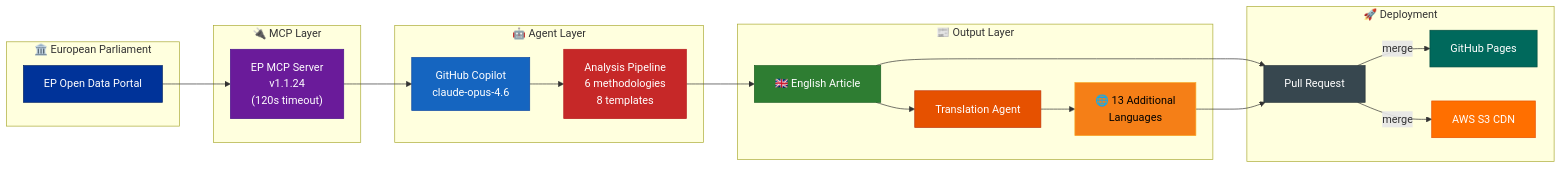
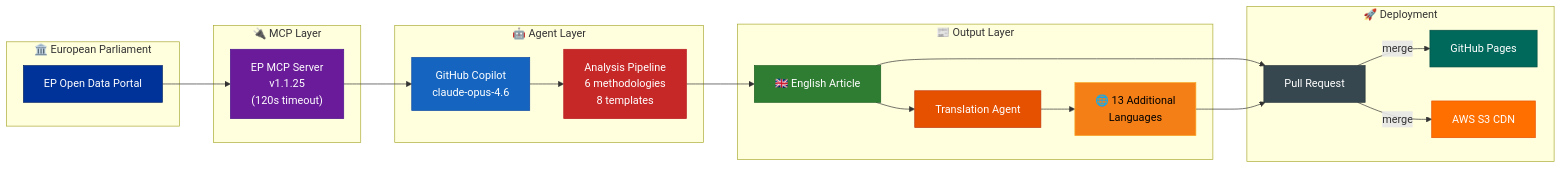
One commit to Hack23/euparliamentmonitor changed diagram 21 of 21 in WORKFLOWS.md. Above: the diagram before and after it, drawn with Mermaid. The commit also changed other lines of this file and 29 other files, not shown here.

First line of the commit message:
chore: update european-parliament-mcp-server version to 1.1.25 in all workflows, configs, and docs

````diff
--- a/WORKFLOWS.md
+++ b/WORKFLOWS.md
@@ -1746,42 +1746,42 @@
 ```mermaid
 flowchart LR
     subgraph "🏛️ European Parliament"
         EP["EP Open Data Portal"]
     end
 
     subgraph "🔌 MCP Layer"
-        MCP["EP MCP Server<br/>v1.1.24<br/>(120s timeout)"]
+        MCP["EP MCP Server<br/>v1.1.25<br/>(120s timeout)"]
     end
 
     subgraph "🤖 Agent Layer"
         Agent["GitHub Copilot<br/>claude-opus-4.6"]
         Analyze["Analysis Pipeline<br/>6 methodologies<br/>8 templates"]
     end
 
     subgraph "📰 Output Layer"
         EN["🇬🇧 English Article"]
         Translate["Translation Agent"]
         Multi["🌐 13 Additional<br/>Languages"]
     end
 
     subgraph "🚀 Deployment"
         PR["Pull Request"]
         Pages["GitHub Pages"]
         S3["AWS S3 CDN"]
     end
 
     EP --> MCP --> Agent --> Analyze --> EN --> PR
     EN --> Translate --> Multi --> PR
     PR --> |"merge"| Pages & S3
 
     style EP fill:#003399,stroke:#002266,color:#FFFFFF
     style MCP fill:#6A1B9A,stroke:#4A148C,color:#FFFFFF
     style Agent fill:#1565C0,stroke:#0D47A1,color:#FFFFFF
     style Analyze fill:#C62828,stroke:#B71C1C,color:#FFFFFF
     style EN fill:#2E7D32,stroke:#1B5E20,color:#FFFFFF
     style Translate fill:#E65100,stroke:#BF360C,color:#FFFFFF
     style Multi fill:#F57F17,stroke:#F9A825,color:#000000
     style PR fill:#37474F,stroke:#263238,color:#FFFFFF
     style Pages fill:#00695C,stroke:#004D40,color:#FFFFFF
     style S3 fill:#FF6F00,stroke:#E65100,color:#FFFFFF
 ```
````
